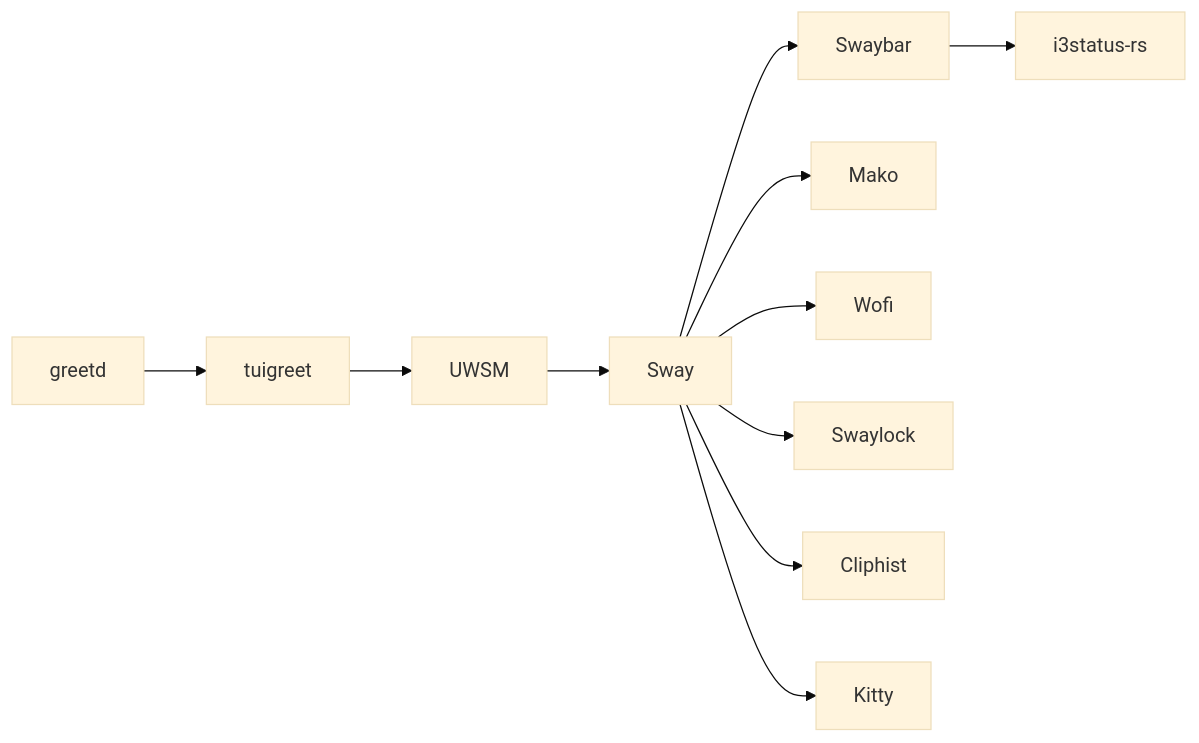
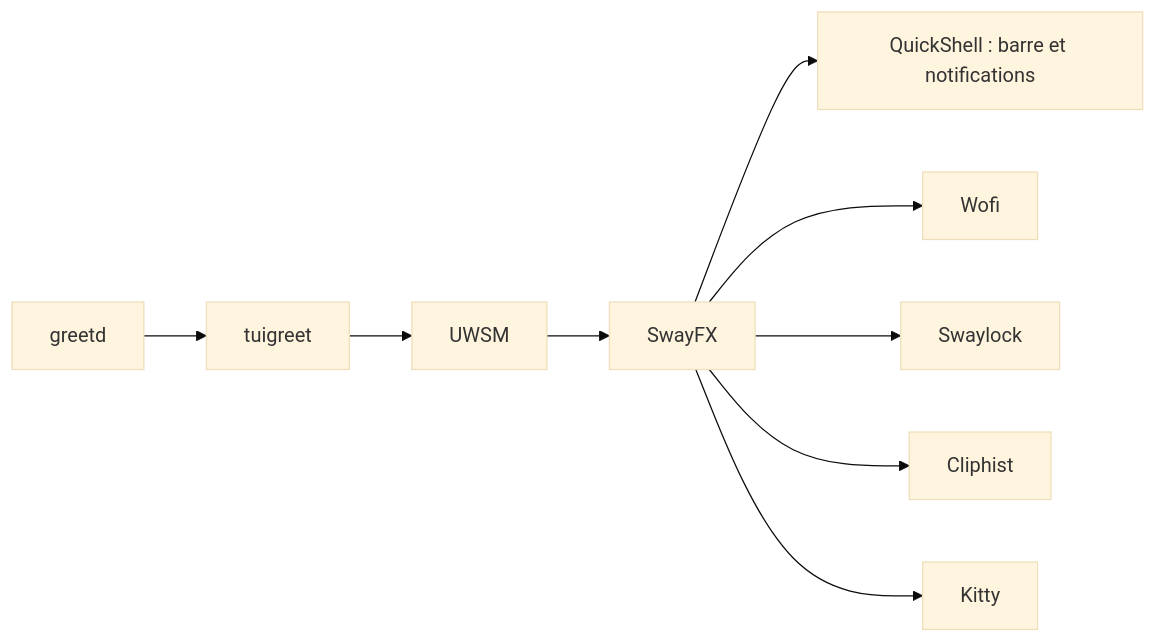
One commit to labfytools/Dotfiles_ArchAP changed the diagram in README.md. Above: the diagram before and after it, drawn with Mermaid (base theme). The commit also changed other lines of this file and 75 other files, not shown here.

Commit message:
feat(desktop): replace swaybar with QuickShell and SwayFX

````diff
--- a/README.md
+++ b/README.md
@@ -48,10 +48,9 @@
 ```mermaid
 flowchart LR
-    G[greetd] --> T[tuigreet] --> U[UWSM] --> S[Sway]
-    S --> B[Swaybar] --> I[i3status-rs]
-    S --> M[Mako]
+    G[greetd] --> T[tuigreet] --> U[UWSM] --> S[SwayFX]
+    S --> B[QuickShell : barre et notifications]
     S --> W[Wofi]
     S --> L[Swaylock]
     S --> C[Cliphist]
     S --> K[Kitty]
 ```
````
